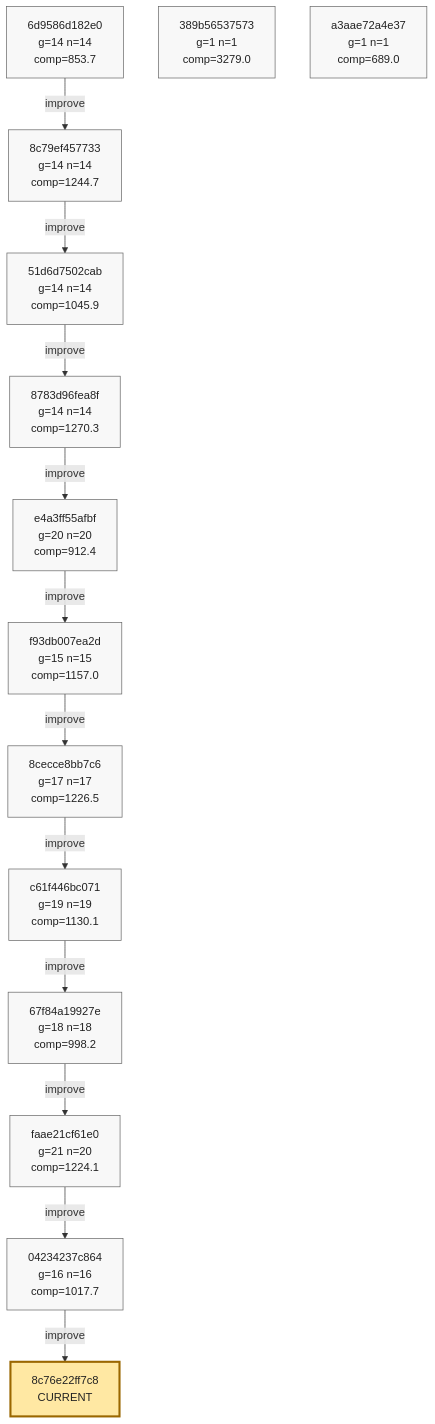
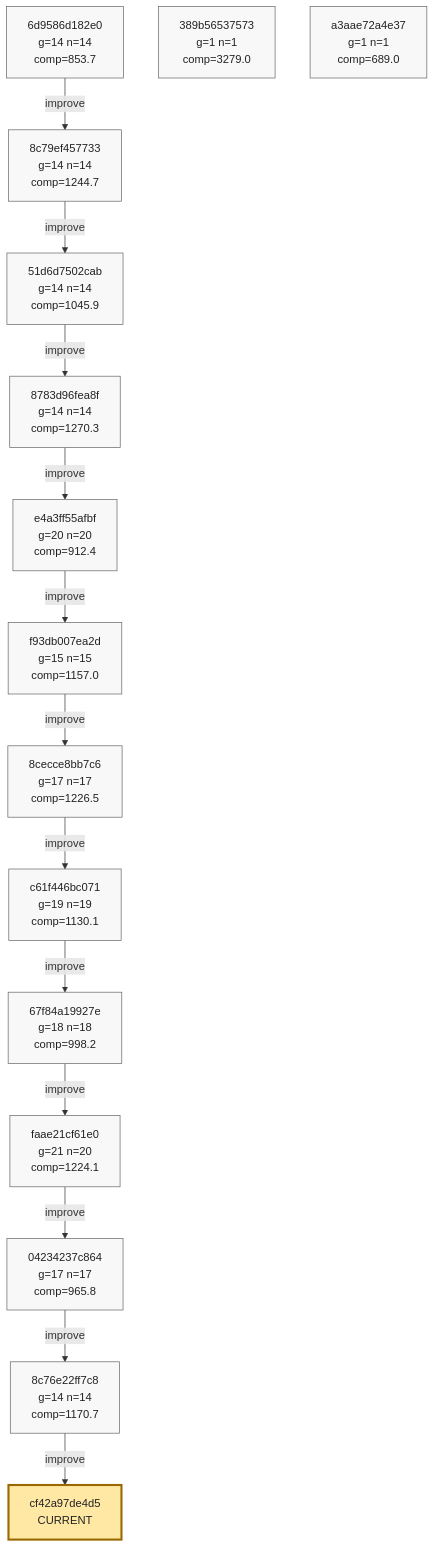
The eighth of 8 diagrams in phyrogenetic-tree.md (azumag/soviet_now), drawn with Mermaid before and after one commit. The commit also changed other lines of this file and 2 other files, not shown here.

Commit message:
eloop Improve after 12 games (scores: 455 1810 1392 1397 1286 1235 1208 921 2835 962 1341 1016)

````diff
--- a/phyrogenetic-tree.md
+++ b/phyrogenetic-tree.md
@@ -1937,49 +1932,52 @@
 ```mermaid
 flowchart TD
     h_6d9586d182e0["6d9586d182e0<br/>g=14 n=14<br/>comp=853.7"]
     h_8c79ef457733["8c79ef457733<br/>g=14 n=14<br/>comp=1244.7"]
     h_51d6d7502cab["51d6d7502cab<br/>g=14 n=14<br/>comp=1045.9"]
     h_8783d96fea8f["8783d96fea8f<br/>g=14 n=14<br/>comp=1270.3"]
     h_e4a3ff55afbf["e4a3ff55afbf<br/>g=20 n=20<br/>comp=912.4"]
     h_f93db007ea2d["f93db007ea2d<br/>g=15 n=15<br/>comp=1157.0"]
     h_8cecce8bb7c6["8cecce8bb7c6<br/>g=17 n=17<br/>comp=1226.5"]
     h_c61f446bc071["c61f446bc071<br/>g=19 n=19<br/>comp=1130.1"]
     h_67f84a19927e["67f84a19927e<br/>g=18 n=18<br/>comp=998.2"]
     h_faae21cf61e0["faae21cf61e0<br/>g=21 n=20<br/>comp=1224.1"]
-    h_04234237c864["04234237c864<br/>g=16 n=16<br/>comp=1017.7"]
+    h_04234237c864["04234237c864<br/>g=17 n=17<br/>comp=965.8"]
+    h_8c76e22ff7c8["8c76e22ff7c8<br/>g=14 n=14<br/>comp=1170.7"]
     h_389b56537573["389b56537573<br/>g=1 n=1<br/>comp=3279.0"]
     h_a3aae72a4e37["a3aae72a4e37<br/>g=1 n=1<br/>comp=689.0"]
-    h_8c76e22ff7c8["8c76e22ff7c8<br/>CURRENT"]
+    h_cf42a97de4d5["cf42a97de4d5<br/>CURRENT"]
 
     h_6d9586d182e0 -->|improve| h_8c79ef457733
     h_8c79ef457733 -->|improve| h_51d6d7502cab
     h_51d6d7502cab -->|improve| h_8783d96fea8f
     h_8783d96fea8f -->|improve| h_e4a3ff55afbf
     h_e4a3ff55afbf -->|improve| h_f93db007ea2d
     h_f93db007ea2d -->|improve| h_8cecce8bb7c6
     h_8cecce8bb7c6 -->|improve| h_c61f446bc071
     h_c61f446bc071 -->|improve| h_67f84a19927e
     h_67f84a19927e -->|improve| h_faae21cf61e0
     h_faae21cf61e0 -->|improve| h_04234237c864
     h_04234237c864 -->|improve| h_8c76e22ff7c8
+    h_8c76e22ff7c8 -->|improve| h_cf42a97de4d5
 
     classDef plain fill:#f8f8f8,stroke:#666,stroke-width:1px,color:#222;
     classDef current fill:#ffe8a3,stroke:#9a6700,stroke-width:3px,color:#222;
     classDef anchor fill:#d7f5dd,stroke:#1f6f43,stroke-width:3px,color:#222;
     classDef current_anchor fill:#f3e4a8,stroke:#1f6f43,stroke-width:4px,color:#222;
 
     class h_6d9586d182e0 plain;
     class h_8c79ef457733 plain;
     class h_51d6d7502cab plain;
     class h_8783d96fea8f plain;
     class h_e4a3ff55afbf plain;
     class h_f93db007ea2d plain;
     class h_8cecce8bb7c6 plain;
     class h_c61f446bc071 plain;
     class h_67f84a19927e plain;
     class h_faae21cf61e0 plain;
     class h_04234237c864 plain;
+    class h_8c76e22ff7c8 plain;
     class h_389b56537573 plain;
     class h_a3aae72a4e37 plain;
-    class h_8c76e22ff7c8 current;
+    class h_cf42a97de4d5 current;
 ```
````
